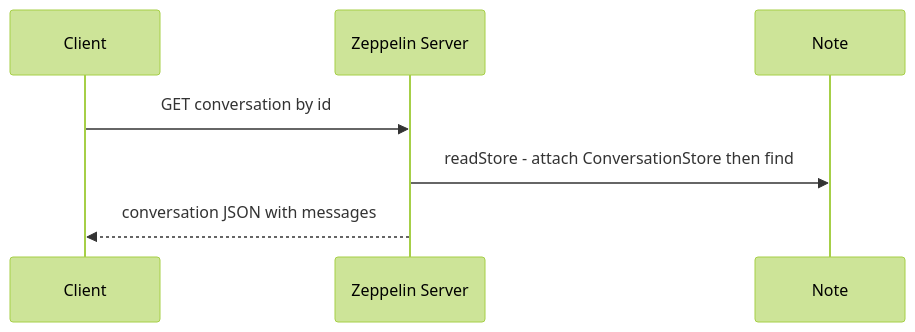
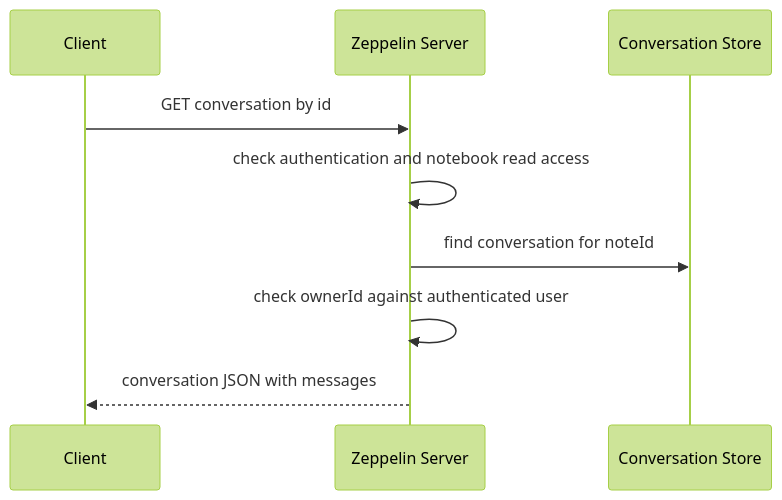
Before and after one commit to seung-00/zeppelin: the third of 3 diagrams in docs/notebook-assistant-ssd.md, drawn with Mermaid (forest theme). The commit also changed other lines of this file and 1 other file, not shown here.

````diff
--- a/docs/notebook-assistant-ssd.md
+++ b/docs/notebook-assistant-ssd.md
@@ -273,10 +290,12 @@
 ```mermaid
 sequenceDiagram
     participant C as Client
     participant S as Zeppelin Server
-    participant N as Note
+    participant D as Conversation Store
 
     C->>S: GET conversation by id
-    S->>N: readStore - attach ConversationStore then find
+    S->>S: check authentication and notebook read access
+    S->>D: find conversation for noteId
+    S->>S: check ownerId against authenticated user
     S-->>C: conversation JSON with messages
 ```
````
